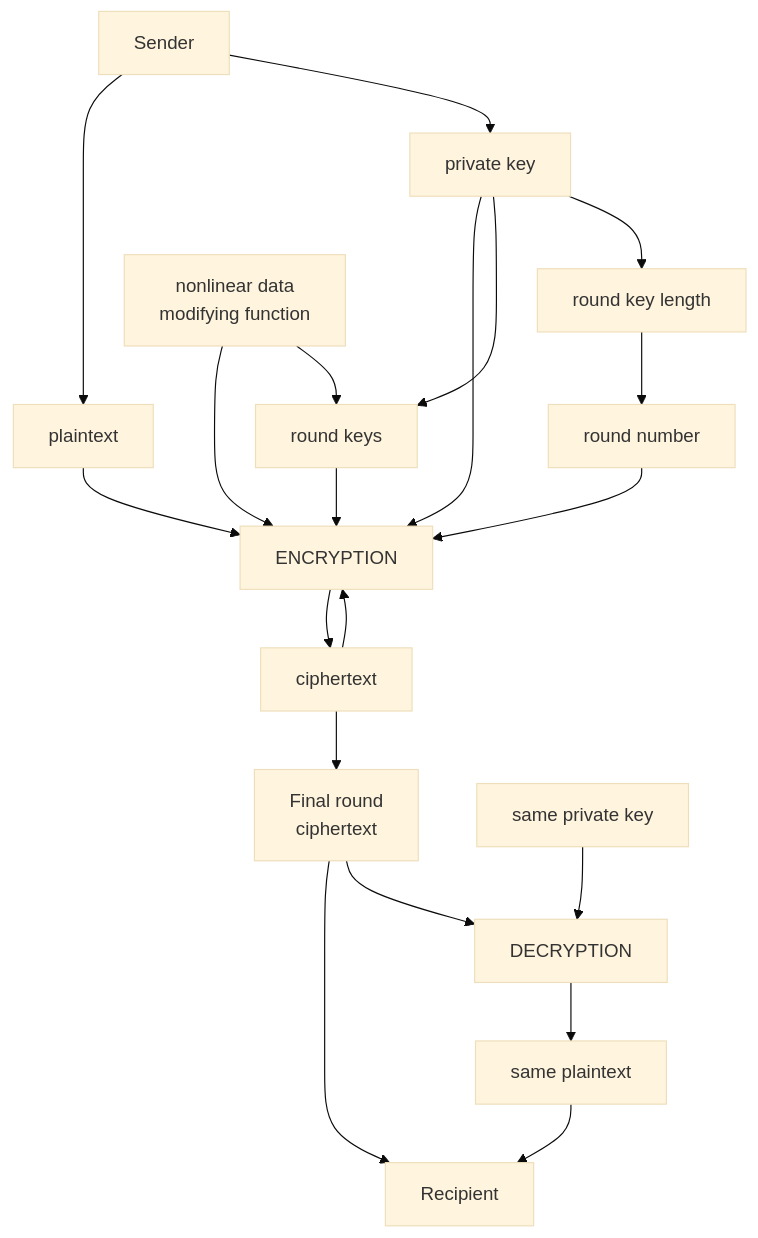
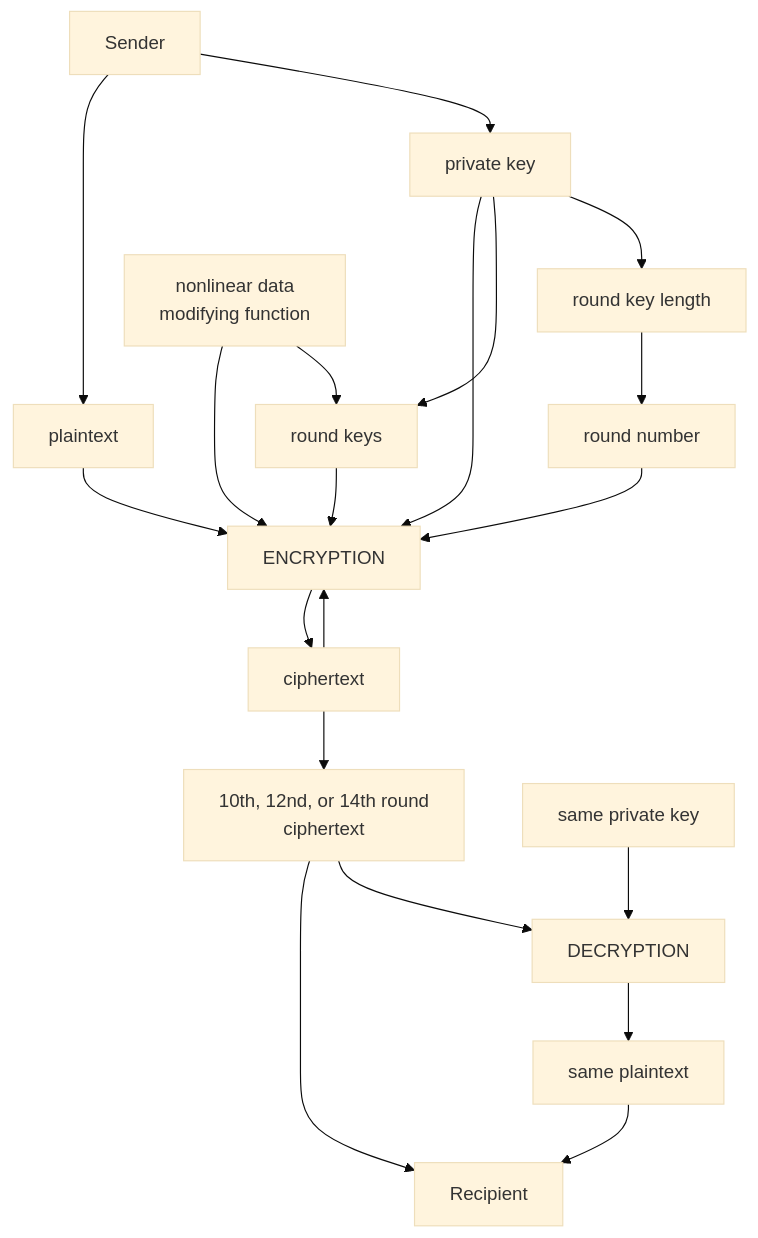
Before and after one commit to Kietpawpan/encryption: the diagram in README.md, drawn with Mermaid (base theme).

````diff
--- a/README.md
+++ b/README.md
@@ -5,13 +5,13 @@
 ```mermaid
 flowchart TD
     A[Sender] --> B[plaintext]-->D
     C[private key]-->D[ENCRYPTION]-->E[ciphertext]-->D
-    E-->FN[Final round\nciphertext]-->F[Recipient]
+    E-->FN[10th, 12nd, or 14th round\nciphertext]-->F[Recipient]
     C2[same private key]-->G[DECRYPTION]-->I[same plaintext]-->F
      FN-->G
 A-->C
 C-->RK[round keys]-->D
 C-->RKL[round key length]-->RN[round number]-->D
 FC[nonlinear data \nmodifying function]-->D
 FC-->RK
 ```
````
